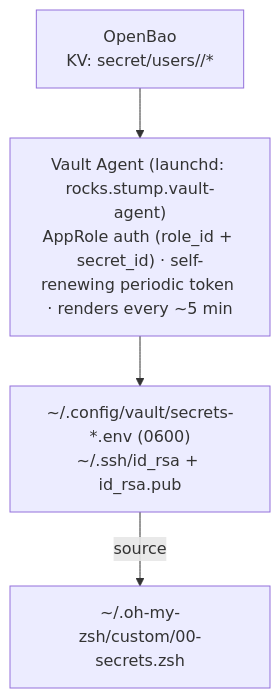
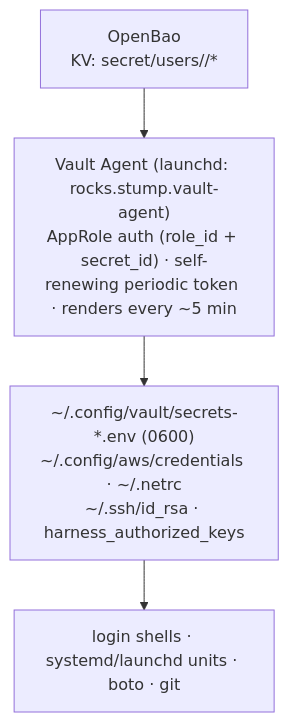
One commit to joestump/dotfiles changed the diagram in website/docs/secrets.md. Above: the diagram before and after it, drawn with Mermaid. The commit also changed other lines of this file and 22 other files, not shown here.

````diff
--- a/website/docs/secrets.md
+++ b/website/docs/secrets.md
@@ -17,8 +17,8 @@
 ```mermaid
 flowchart TD
     bao["OpenBao<br/>KV: secret/users/<you>/*"]
     agent["Vault Agent (launchd: rocks.stump.vault-agent)<br/>AppRole auth (role_id + secret_id) · self-renewing periodic token · renders every ~5 min"]
-    files["~/.config/vault/secrets-*.env (0600)<br/>~/.ssh/id_rsa + id_rsa.pub"]
-    shell["~/.oh-my-zsh/custom/00-secrets.zsh"]
-    bao --> agent --> files -->|source| shell
+    files["~/.config/vault/secrets-*.env (0600)<br/>~/.config/aws/credentials · ~/.netrc<br/>~/.ssh/id_rsa · harness_authorized_keys"]
+    shell["login shells · systemd/launchd units · boto · git"]
+    bao --> agent --> files --> shell
 ```
````
